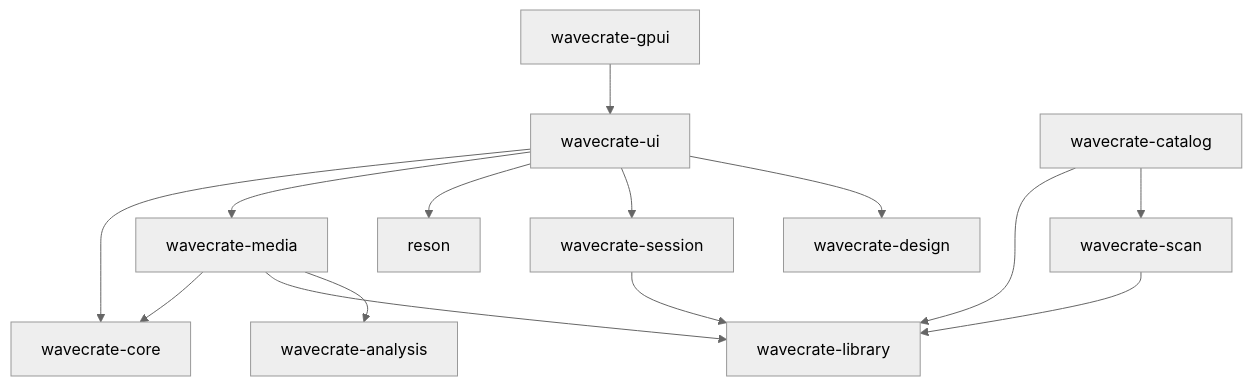
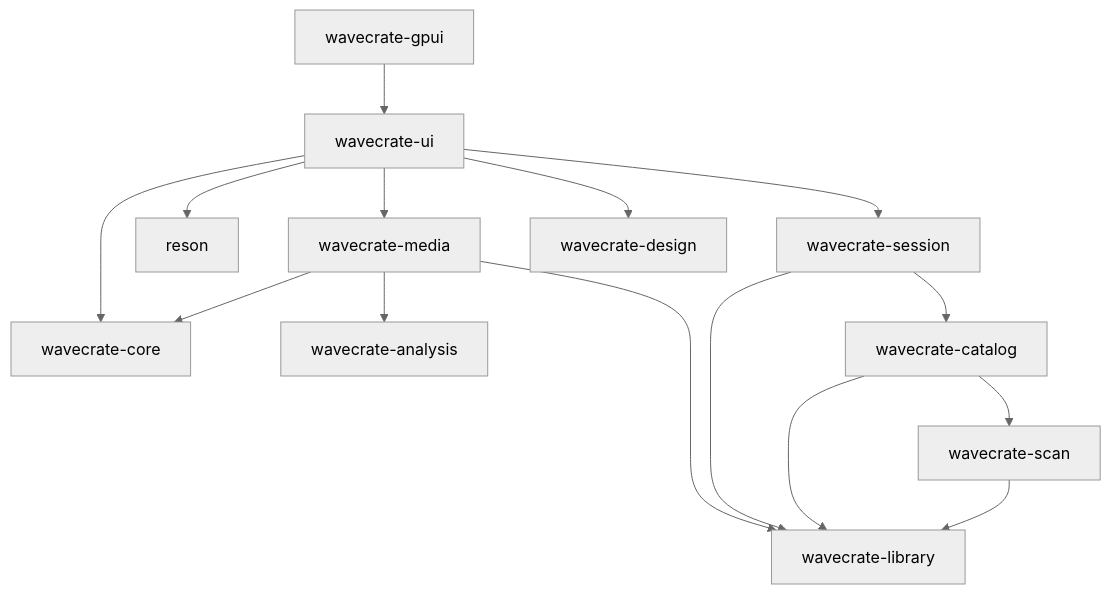
The diagram in docs/GPUI_ARCHITECTURE.md (fromvoid-audio/yield), drawn with Mermaid (neutral theme) before and after one commit. The commit also changed other lines of this file and 5 other files, not shown here.

Commit message:
Compose catalog worker under the session profile owner

````diff
--- a/docs/GPUI_ARCHITECTURE.md
+++ b/docs/GPUI_ARCHITECTURE.md
@@ -29,16 +29,17 @@
 ```mermaid
 flowchart TD
     Launcher[wavecrate-gpui] --> UI[wavecrate-ui]
     UI --> Core[wavecrate-core]
     UI --> Media[wavecrate-media]
     UI --> Audio[reson]
     UI --> Session[wavecrate-session]
     Media --> Core
     Media --> Library[wavecrate-library]
     Media --> Analysis[wavecrate-analysis]
     UI --> Design[wavecrate-design]
     Session --> Library
+    Session --> Catalog
     Catalog[wavecrate-catalog] --> Library
     Catalog --> Scan
     Scan[wavecrate-scan] --> Library
 ```
````
